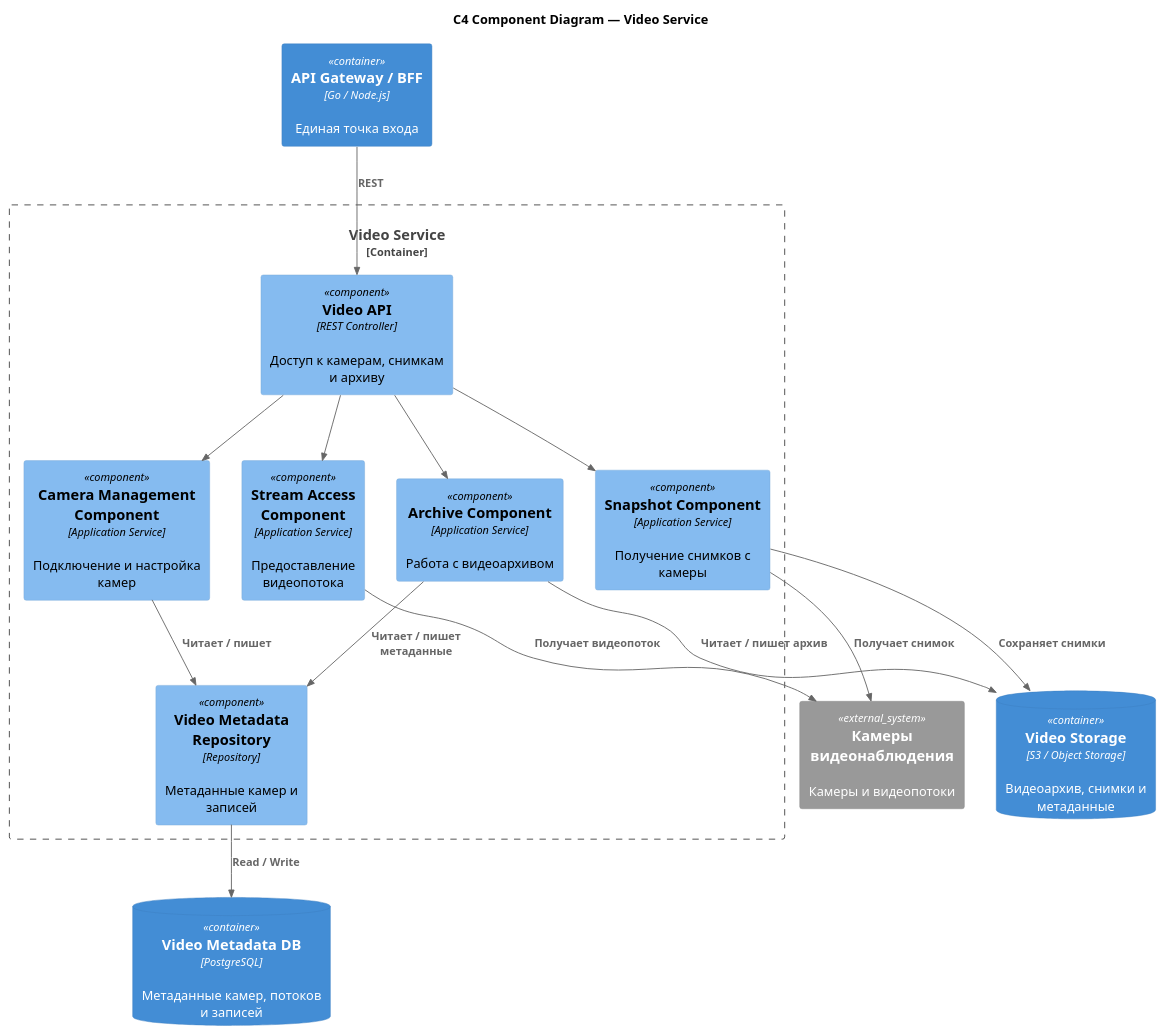
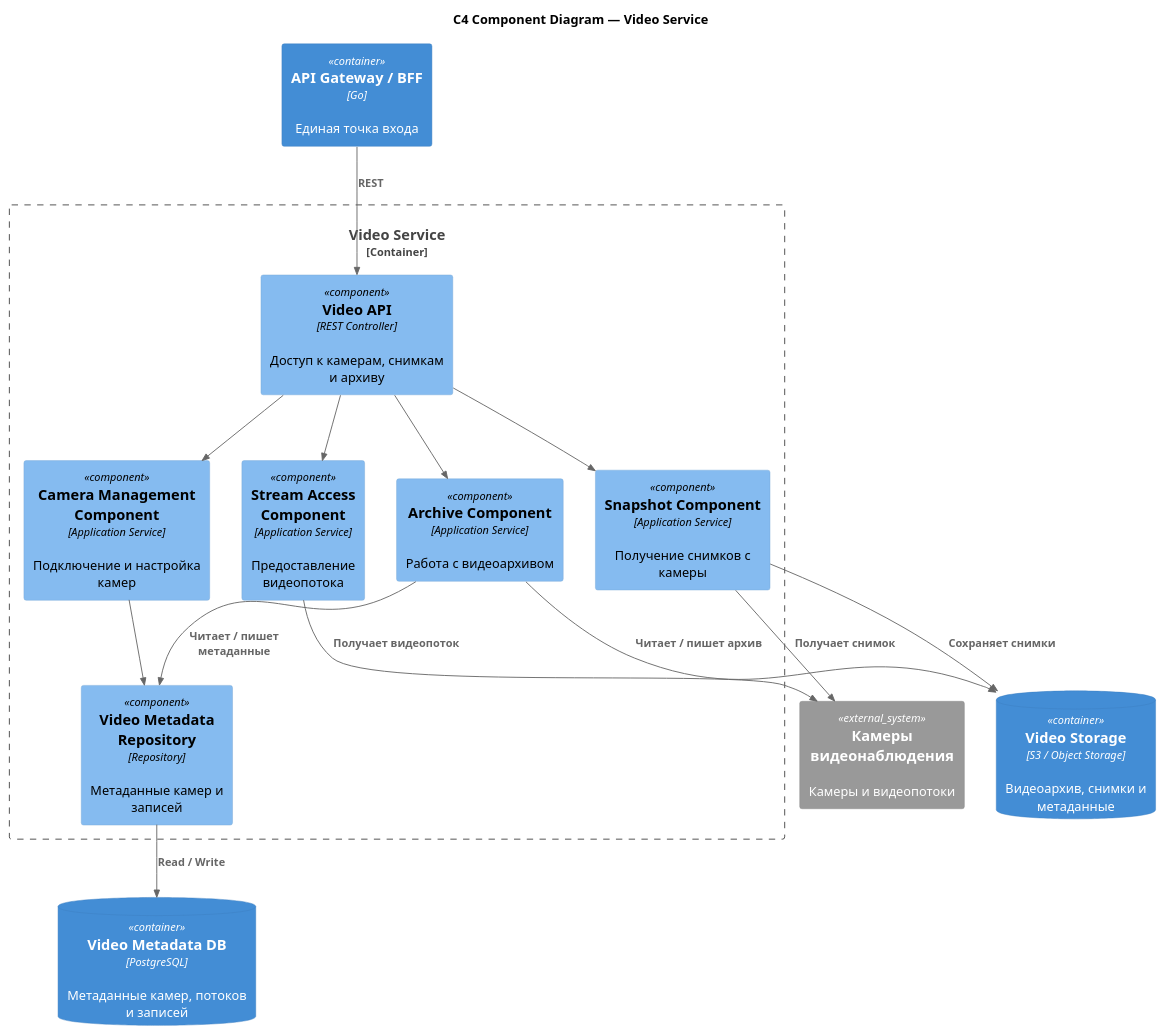
The diagram in diagrams/10-component-video-service.puml (KristinaKurian/architecture-warmhouse), drawn with PlantUML before and after one commit. The commit also changed 12 other files, not shown here.

```diff
--- a/diagrams/10-component-video-service.puml
+++ b/diagrams/10-component-video-service.puml
@@ -1,35 +1,35 @@
 @startuml
 !include <C4/C4_Component>
 
 title C4 Component Diagram — Video Service
 
 Container_Boundary(videoService, "Video Service") {
     Component(videoApi, "Video API", "REST Controller", "Доступ к камерам, снимкам и архиву")
     Component(cameraManagement, "Camera Management Component", "Application Service", "Подключение и настройка камер")
     Component(streamAccess, "Stream Access Component", "Application Service", "Предоставление видеопотока")
     Component(snapshotComponent, "Snapshot Component", "Application Service", "Получение снимков с камеры")
     Component(archiveComponent, "Archive Component", "Application Service", "Работа с видеоархивом")
     Component(videoRepository, "Video Metadata Repository", "Repository", "Метаданные камер и записей")
 }
 
-Container(apiGateway, "API Gateway / BFF", "Go / Node.js", "Единая точка входа")
+Container(apiGateway, "API Gateway / BFF", "Go", "Единая точка входа")
 System_Ext(videoDevices, "Камеры видеонаблюдения", "Камеры и видеопотоки")
 ContainerDb(videoStorage, "Video Storage", "S3 / Object Storage", "Видеоархив, снимки и метаданные")
 ContainerDb(videoMetaDb, "Video Metadata DB", "PostgreSQL", "Метаданные камер, потоков и записей")
 
 Rel(apiGateway, videoApi, "REST")
 Rel(videoApi, cameraManagement, "")
 Rel(videoApi, streamAccess, "")
 Rel(videoApi, snapshotComponent, "")
 Rel(videoApi, archiveComponent, "")
 
-Rel(cameraManagement, videoRepository, "Читает / пишет")
+Rel(cameraManagement, videoRepository, "")
 Rel(streamAccess, videoDevices, "Получает видеопоток")
 Rel(snapshotComponent, videoDevices, "Получает снимок")
 Rel(snapshotComponent, videoStorage, "Сохраняет снимки")
 Rel(archiveComponent, videoStorage, "Читает / пишет архив")
 Rel(archiveComponent, videoRepository, "Читает / пишет метаданные")
 
 Rel(videoRepository, videoMetaDb, "Read / Write")
 
 @enduml
```
